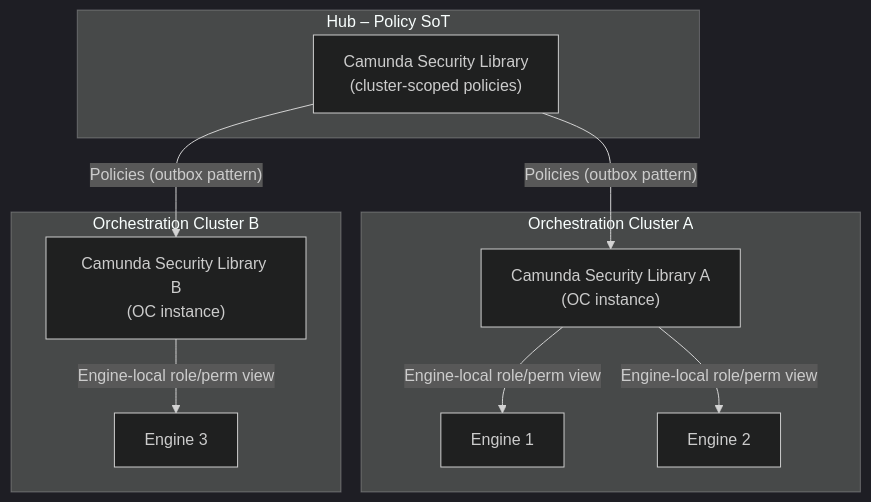
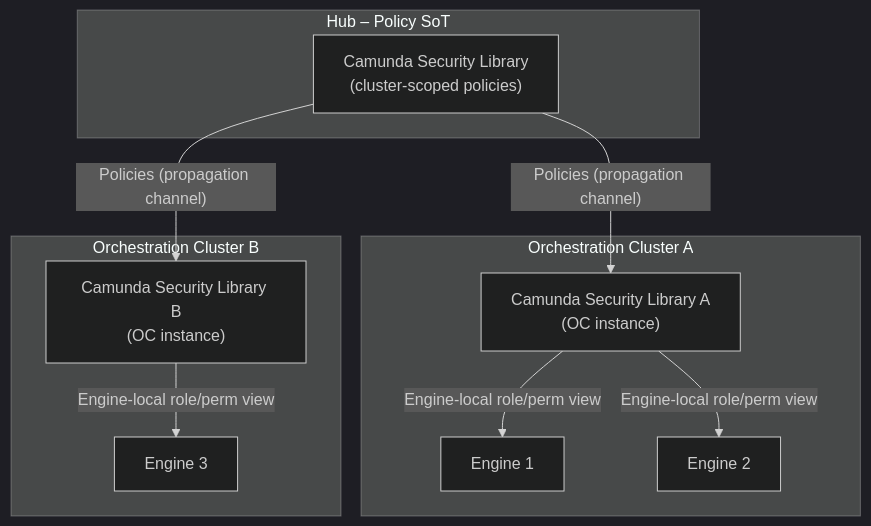
Diagram 12 of 20 in docs/architecture_docs.md (camunda/camunda-security-library), drawn with Mermaid (dark theme) before and after one commit. The commit also changed other lines of this file and 1 other file, not shown here.

First line of the commit message:
docs: refine architecture docs for policy propagation

````diff
--- a/docs/architecture_docs.md
+++ b/docs/architecture_docs.md
@@ -1536,22 +1238,22 @@
 ```mermaid
 flowchart TB
   subgraph HubLayer["Hub – Policy SoT"]
     HubPolicy["Camunda Security Library</br>(cluster-scoped policies)"]
   end
 
   subgraph OC1["Orchestration Cluster A"]
     OC1Id["Camunda Security Library A</br>(OC instance)"]
     E1["Engine 1"]
     E2["Engine 2"]
   end
 
   subgraph OC2["Orchestration Cluster B"]
     OC2Id["Camunda Security Library B</br>(OC instance)"]
     E3["Engine 3"]
   end
 
-  HubPolicy -->|"Policies (outbox pattern)"| OC1Id & OC2Id
+  HubPolicy -->|"Policies (propagation channel)"| OC1Id & OC2Id
 
   OC1Id -->|"Engine-local role/perm view"| E1 & E2
   OC2Id -->|"Engine-local role/perm view"| E3
 ```
````
